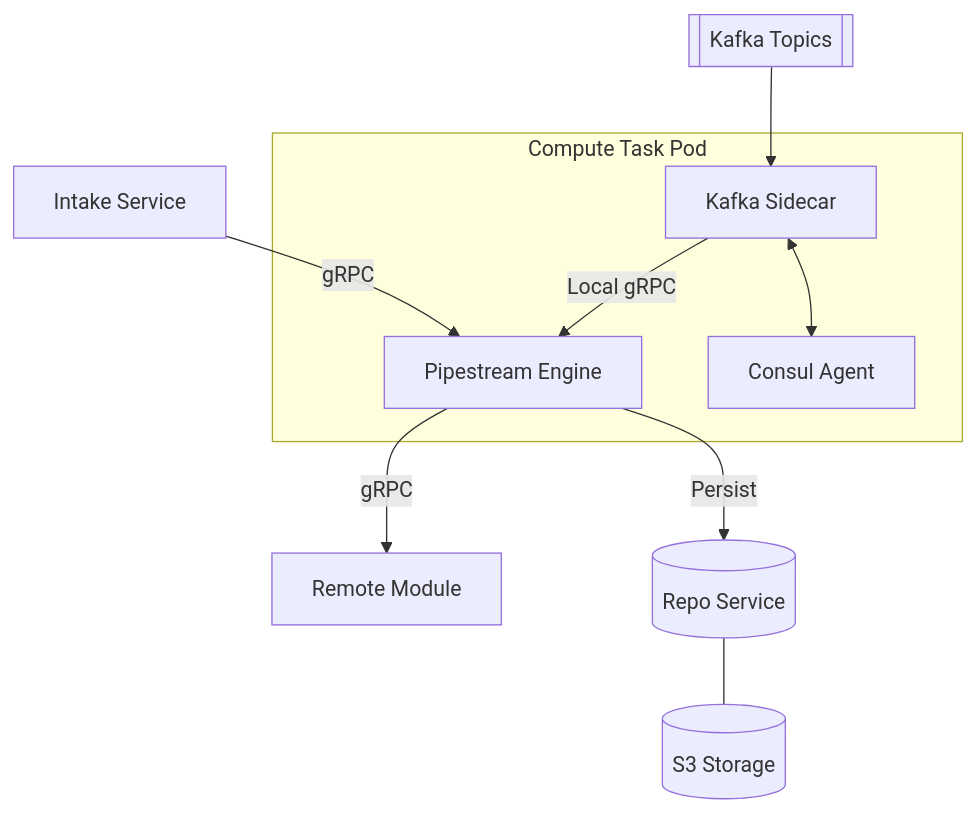
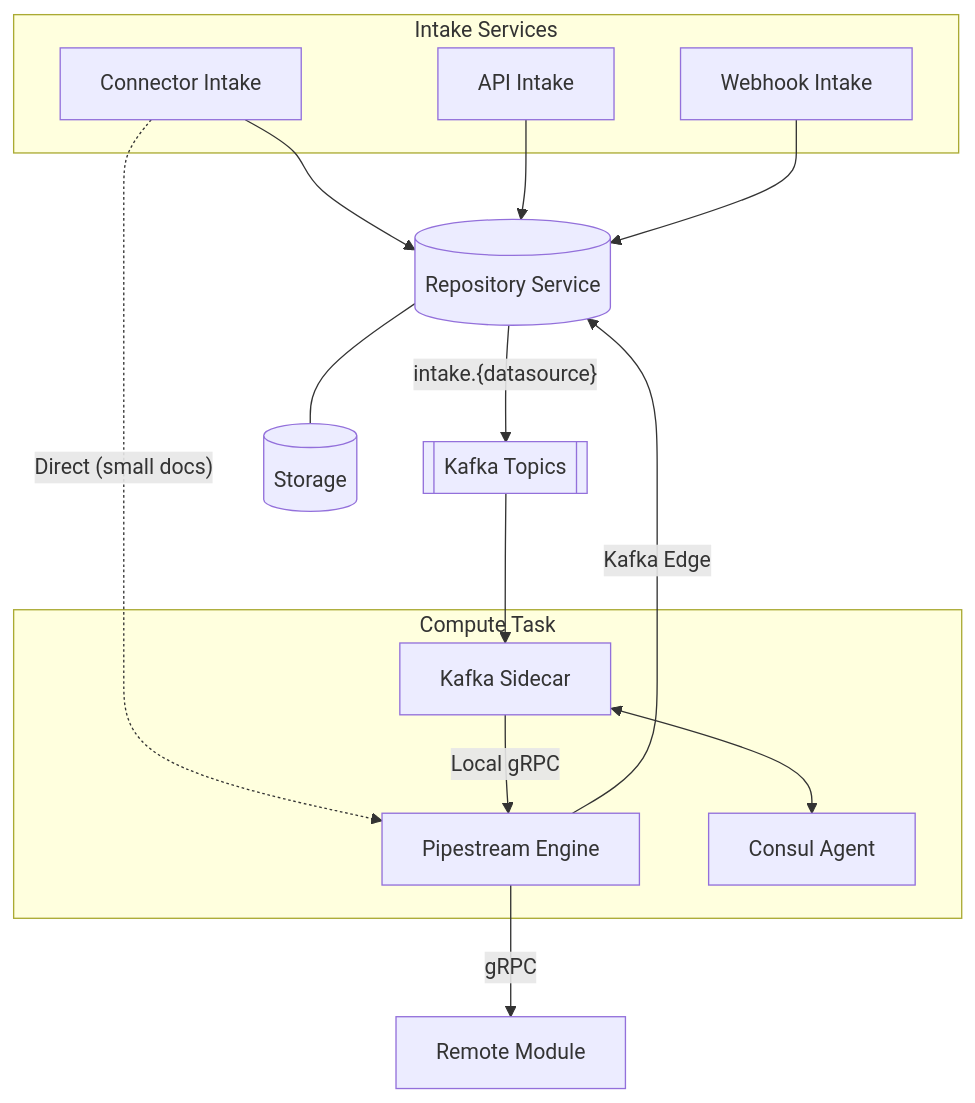
Before and after one commit to ai-pipestream/pipestream-engine: the diagram in docs/architecture/README.md, drawn with Mermaid. The commit also changed other lines of this file, not shown here.

Commit message:
docs: Update README with dual intake paths, infrastructure-agnostic scaling, updated diagram

````diff
--- a/docs/architecture/README.md
+++ b/docs/architecture/README.md
@@ -24,18 +24,30 @@
 ```mermaid
 graph TD
-    Intake[Intake Service] -- gRPC --> Engine[Pipestream Engine]
-    Engine -- gRPC --> Module[Remote Module]
+    subgraph IntakeServices [Intake Services]
+        CI[Connector Intake]
+        API[API Intake]
+        WH[Webhook Intake]
+    end
     
-    subgraph ComputeTask [Compute Task Pod]
-        Engine
+    CI --> Repo
+    API --> Repo
+    WH --> Repo
+    
+    Repo[(Repository Service)] -- "intake.{datasource}" --> Kafka
+    Repo --- S3[(Storage)]
+    
+    CI -. "Direct (small docs)" .-> Engine
+    
+    subgraph ComputeTask [Compute Task]
         Sidecar[Kafka Sidecar]
+        Engine[Pipestream Engine]
         Consul[Consul Agent]
         
         Sidecar -- "Local gRPC" --> Engine
         Sidecar <--> Consul
     end
     
     Kafka[[Kafka Topics]] --> Sidecar
-    Engine -- Persist --> Repo[(Repo Service)]
-    Repo --- S3[(S3 Storage)]
+    Engine -- gRPC --> Module[Remote Module]
+    Engine -- "Kafka Edge" --> Repo
 ```
````
